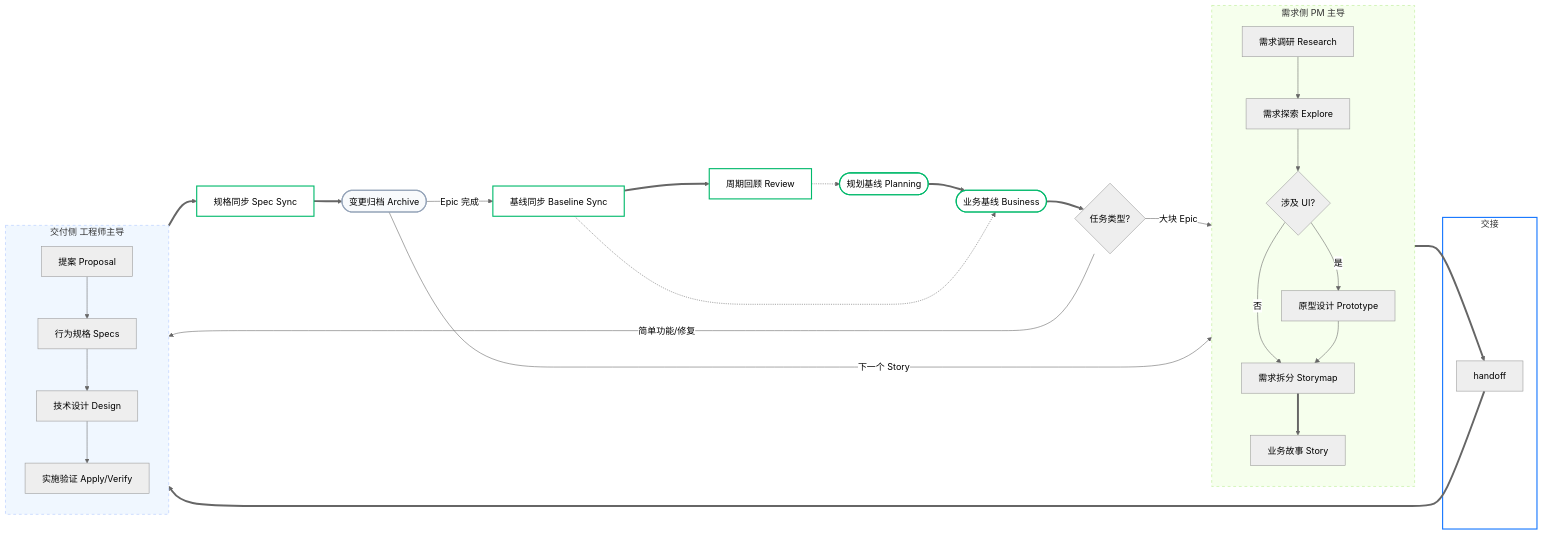
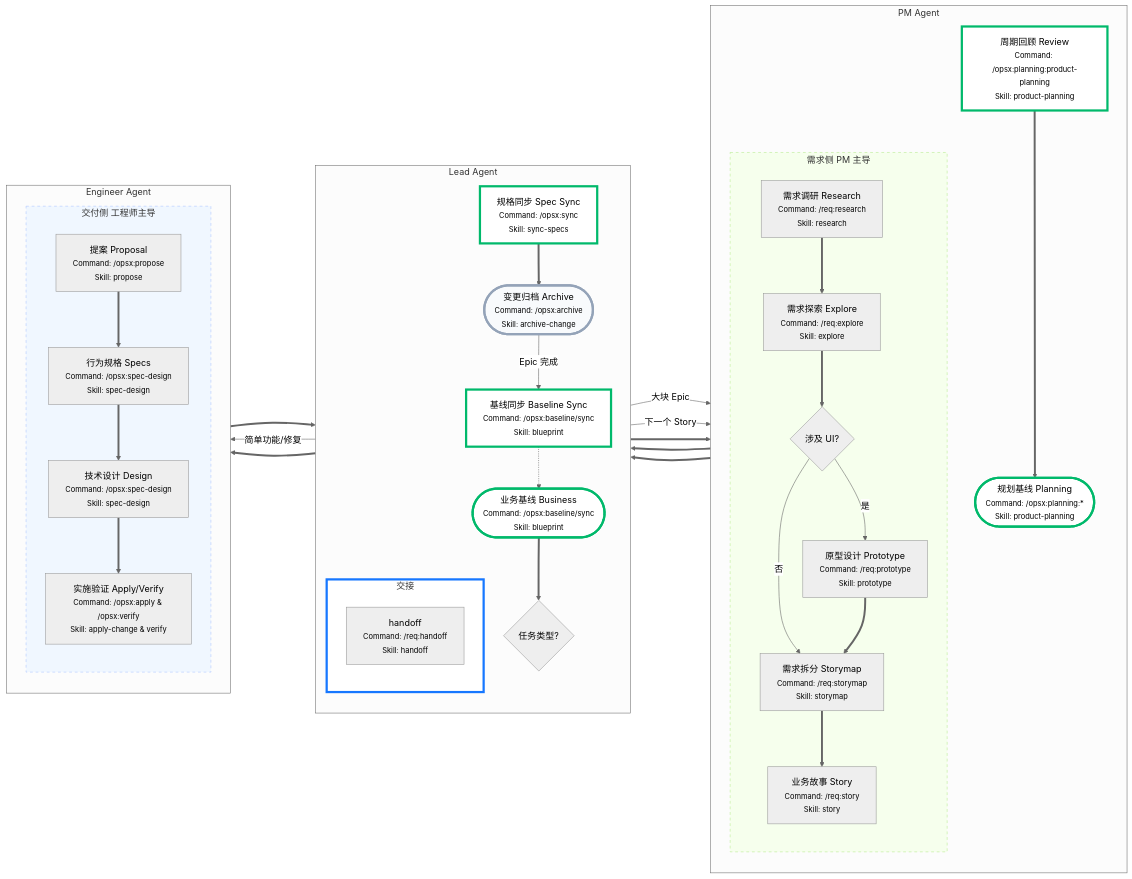
Before and after one commit to jkang/openspec-example: the third of 3 diagrams in learning-sdd/TALK_PRD_TO_SPECS.md, drawn with Mermaid (neutral theme). The commit also changed other lines of this file and 1 other file, not shown here.

````diff
--- a/learning-sdd/TALK_PRD_TO_SPECS.md
+++ b/learning-sdd/TALK_PRD_TO_SPECS.md
@@ -106,50 +130,62 @@
 ```mermaid
 flowchart LR
-    A([规划基线 Planning]) ==> B([业务基线 Business])
-    B ==> R{任务类型?}
-
-    subgraph ReqSide [需求侧 PM 主导]
+    subgraph PMAgent3 [PM Agent]
         direction TB
-        P1[需求调研 Research] --> P2[需求探索 Explore]
-        P2 --> P4{涉及 UI?}
-        P4 -- 是 --> P5[原型设计 Prototype]
-        P4 -- 否 --> P3[需求拆分 Storymap]
-        P5 --> P3
-        P3 ==> P6[业务故事 Story]
+        A([规划基线 Planning<br/><small>Command: /opsx:planning:*<br/>Skill: product-planning</small>])
+        subgraph ReqSide [需求侧 PM 主导]
+            direction TB
+            P1[需求调研 Research<br/><small>Command: /req:research<br/>Skill: research</small>] ==> P2[需求探索 Explore<br/><small>Command: /req:explore<br/>Skill: explore</small>]
+            P2 ==> P4{涉及 UI?}
+            P4 -- 是 --> P5[原型设计 Prototype<br/><small>Command: /req:prototype<br/>Skill: prototype</small>]
+            P4 -- 否 --> P3[需求拆分 Storymap<br/><small>Command: /req:storymap<br/>Skill: storymap</small>]
+            P5 ==> P3
+            P3 ==> P6[业务故事 Story<br/><small>Command: /req:story<br/>Skill: story</small>]
+        end
+        M[周期回顾 Review<br/><small>Command: /opsx:planning:product-planning<br/>Skill: product-planning</small>]
     end
 
-    subgraph HandoffZone [交接]
-        H1[handoff]
+    subgraph LeadAgent3 [Lead Agent]
+        direction TB
+        B([业务基线 Business<br/><small>Command: /opsx:baseline/sync<br/>Skill: blueprint</small>])
+        R{任务类型?}
+        subgraph HandoffZone [交接]
+            H1[handoff<br/><small>Command: /req:handoff<br/>Skill: handoff</small>]
+        end
+        K1[规格同步 Spec Sync<br/><small>Command: /opsx:sync<br/>Skill: sync-specs</small>]
+        L([变更归档 Archive<br/><small>Command: /opsx:archive<br/>Skill: archive-change</small>])
+        K2[基线同步 Baseline Sync<br/><small>Command: /opsx:baseline/sync<br/>Skill: blueprint</small>]
     end
 
-    subgraph DevSide [交付侧 工程师主导]
+    subgraph EngineerAgent3 [Engineer Agent]
         direction TB
-        D1[提案 Proposal] --> D2[行为规格 Specs]
-        D2 --> D3[技术设计 Design]
-        D3 --> D4[实施验证 Apply/Verify]
+        subgraph DevSide [交付侧 工程师主导]
+            direction TB
+            D1[提案 Proposal<br/><small>Command: /opsx:propose<br/>Skill: propose</small>] ==> D2[行为规格 Specs<br/><small>Command: /opsx:spec-design<br/>Skill: spec-design</small>]
+            D2 ==> D3[技术设计 Design<br/><small>Command: /opsx:spec-design<br/>Skill: spec-design</small>]
+            D3 ==> D4[实施验证 Apply/Verify<br/><small>Command: /opsx:apply & /opsx:verify<br/>Skill: apply-change & verify</small>]
+        end
     end
 
+    A ==> B ==> R
     R -- 大块 Epic --> P1
     R -- 简单功能/修复 --> D1
 
     P6 ==> H1 ==> D1
 
-    D4 ==> K1[规格同步 Spec Sync]
-    K1 ==> L([变更归档 Archive])
+    D4 ==> K1 ==> L
 
     L -- 下一个 Story --> P6
-    L -- Epic 完成 --> K2[基线同步 Baseline Sync]
+    L -- Epic 完成 --> K2
     K2 -.-> B
-    K2 ==> M[周期回顾 Review]
-    M -.-> A
+    K2 ==> M ==> A
 
-    style A fill:#fff,stroke:#00b96b,stroke-width:2px
-    style B fill:#fff,stroke:#00b96b,stroke-width:2px
+    style A fill:#fff,stroke:#00b96b,stroke-width:4px
+    style B fill:#fff,stroke:#00b96b,stroke-width:4px
     style ReqSide fill:#f6ffed,stroke:#b7eb8f,stroke-dasharray: 5 5
     style DevSide fill:#f0f7ff,stroke:#adc6ff,stroke-dasharray: 5 5
-    style HandoffZone fill:#fff,stroke:#1677ff,stroke-width:2px
-    style K1 fill:#fff,stroke:#00b96b,stroke-width:2px
-    style L fill:#f8fafc,stroke:#94a3b8,stroke-width:2px
-    style K2 fill:#fff,stroke:#00b96b,stroke-width:2px
-    style M fill:#fff,stroke:#00b96b,stroke-width:2px
+    style HandoffZone fill:#fff,stroke:#1677ff,stroke-width:4px
+    style K1 fill:#fff,stroke:#00b96b,stroke-width:4px
+    style L fill:#f8fafc,stroke:#94a3b8,stroke-width:4px
+    style K2 fill:#fff,stroke:#00b96b,stroke-width:4px
+    style M fill:#fff,stroke:#00b96b,stroke-width:4px
 ```
````
